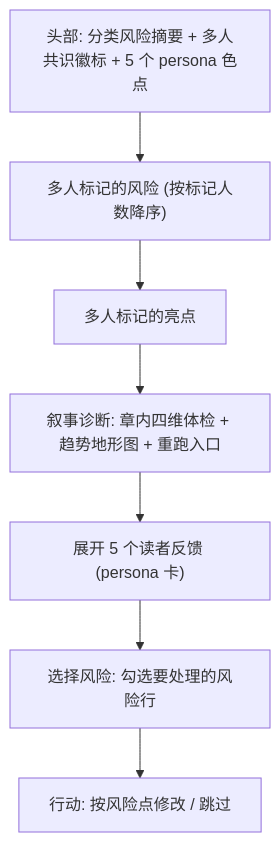
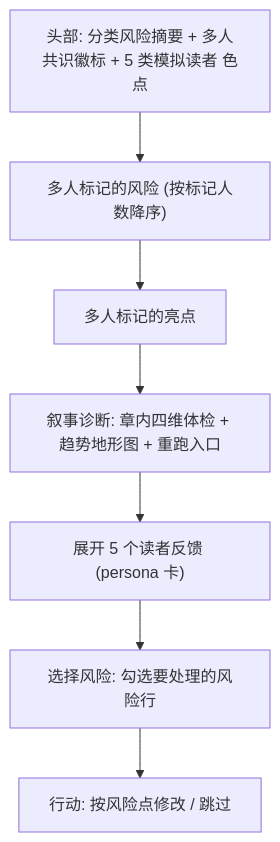
One commit to jinhuang712/open-novel changed the diagram in design/03-reader-panel.md. Above: the diagram before and after it, drawn with Mermaid. The commit also changed other lines of this file and 15 other files, not shown here.

````diff
--- a/design/03-reader-panel.md
+++ b/design/03-reader-panel.md
@@ -11,11 +11,11 @@
 ```mermaid
 flowchart TB
-  HEAD["头部: 分类风险摘要 + 多人共识徽标 + 5 个 persona 色点"]
+  HEAD["头部: 分类风险摘要 + 多人共识徽标 + 5 类模拟读者 色点"]
   RISK["多人标记的风险 (按标记人数降序)"]
   WIN["多人标记的亮点"]
   DIAG["叙事诊断: 章内四维体检 + 趋势地形图 + 重跑入口"]
   DETAIL["展开 5 个读者反馈 (persona 卡)"]
   PICK["选择风险: 勾选要处理的风险行"]
   ACT["行动: 按风险点修改 / 跳过"]
   HEAD --> RISK --> WIN --> DIAG --> DETAIL --> PICK --> ACT
 ```
````
